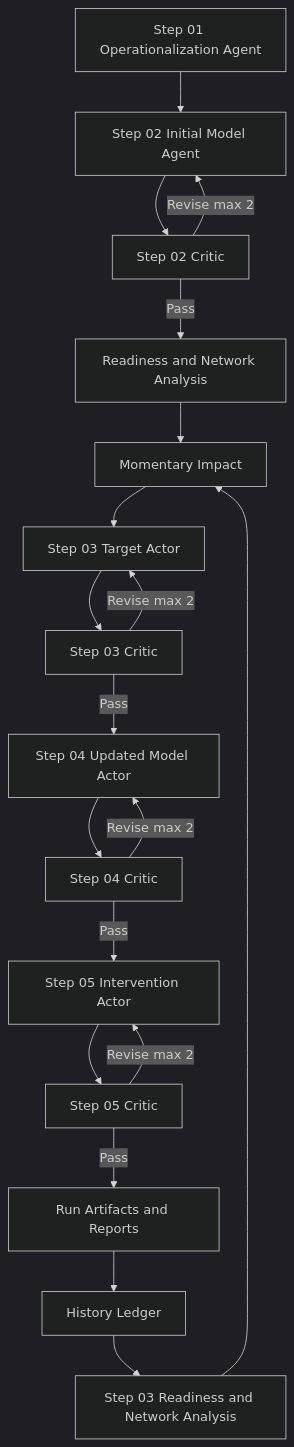
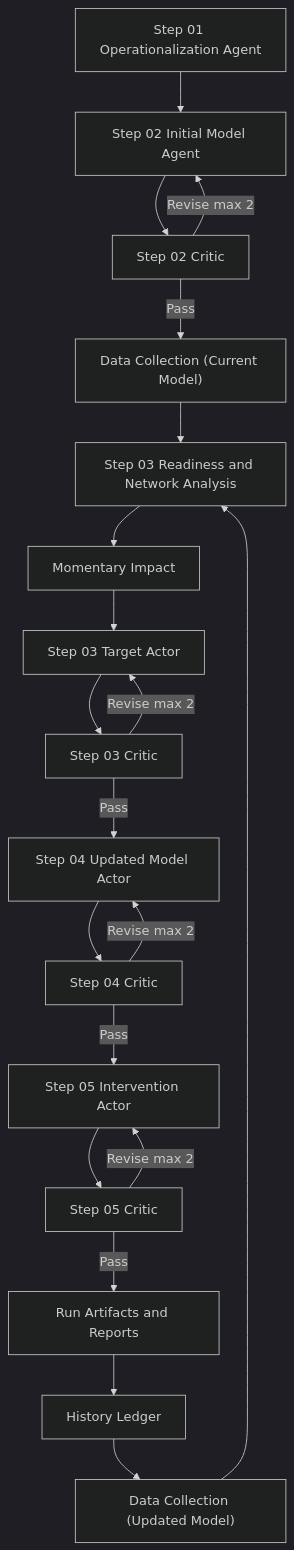
Before and after one commit to stvsever/ThesisMaster: the diagram in src/overview/README.md, drawn with Mermaid (dark theme). The commit also changed other lines of this file and 765 other files, not shown here.

````diff
--- a/src/overview/README.md
+++ b/src/overview/README.md
@@ -17,21 +17,22 @@
 ```mermaid
 flowchart TD
     A["Step 01 Operationalization Agent"] --> B["Step 02 Initial Model Agent"]
     B --> Bc["Step 02 Critic"]
     Bc -->|"Revise max 2"| B
-    Bc -->|"Pass"| C["Readiness and Network Analysis"]
-    C --> D["Momentary Impact"]
-    D --> E["Step 03 Target Actor"]
-    E --> Ec["Step 03 Critic"]
-    Ec -->|"Revise max 2"| E
-    Ec -->|"Pass"| F["Step 04 Updated Model Actor"]
-    F --> Fc["Step 04 Critic"]
+    Bc -->|"Pass"| C["Data Collection (Current Model)"]
+    C --> D["Step 03 Readiness and Network Analysis"]
+    D --> E["Momentary Impact"]
+    E --> F["Step 03 Target Actor"]
+    F --> Fc["Step 03 Critic"]
     Fc -->|"Revise max 2"| F
-    Fc -->|"Pass"| G["Step 05 Intervention Actor"]
-    G --> Gc["Step 05 Critic"]
+    Fc -->|"Pass"| G["Step 04 Updated Model Actor"]
+    G --> Gc["Step 04 Critic"]
     Gc -->|"Revise max 2"| G
-    Gc -->|"Pass"| H["Run Artifacts and Reports"]
-    H --> I["History Ledger"]
-    I --> J["Step 03 Readiness and Network Analysis"]
-    J --> D
+    Gc -->|"Pass"| H["Step 05 Intervention Actor"]
+    H --> Hc["Step 05 Critic"]
+    Hc -->|"Revise max 2"| H
+    Hc -->|"Pass"| I["Run Artifacts and Reports"]
+    I --> J["History Ledger"]
+    J --> K["Data Collection (Updated Model)"]
+    K --> D
 ```
````
